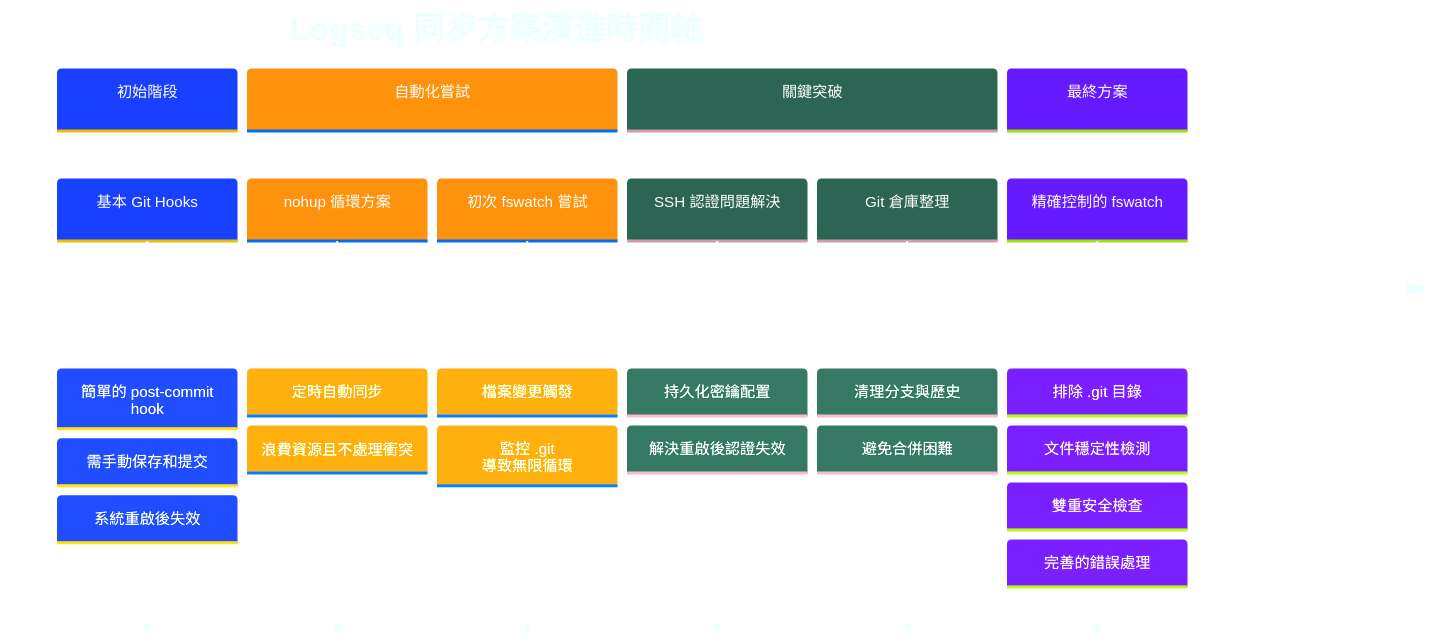
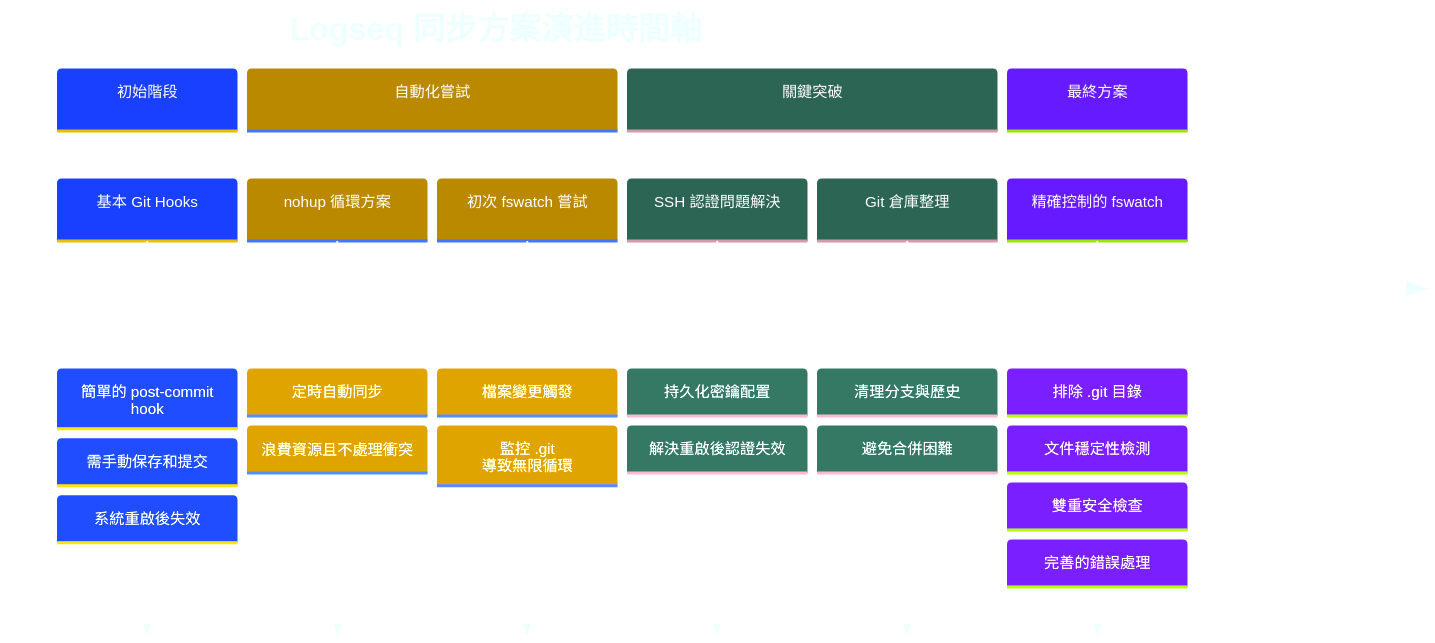
Before and after one commit to GengGeng026/Sync-Logseq: the first of 2 diagrams in Logseq同步方案演進記錄.md, drawn with Mermaid.

Commit message:
Auto-sync: Wed Mar 26 08:43:21 +08 2025

````diff
--- a/Logseq同步方案演進記錄.md
+++ b/Logseq同步方案演進記錄.md
@@ -27,45 +27,45 @@
 ```mermaid
 %%{init: {
   'theme': 'base', 
   'themeVariables': {
     'primaryColor': '#99AAFF',
-    'secondaryColor': '#FFCB8B',
+    'secondaryColor': '#FFCB3B',
     'tertiaryColor': '#59B79A',
     'quaternaryColor': '#F07178',
     'primaryTextColor': '#FFFFFF',
     'primaryBorderColor': '#59B79A',
     'lineColor': '#C792EA',
     'background': 'transparent',
     'textColor': '#EEFFFF',
     'nodeBorder': '#59B79A',
     'clusterBkg': 'transparent',
     'titleColor': '#EEFFFF',
     'sectionBkgColor': '#273747',
     'sectionBkgColor2': '#334455',
     'sectionBkgColor3': '#3A4A5A',
     'sectionBkgColor4': '#42546A',
     'sectionBkgColor5': '#4B5E78'
   }
 }}%%
 timeline
     title Logseq 同步方案演進時間軸
     section 初始階段
         基本 Git Hooks : 簡單的 post-commit hook
         : 需手動保存和提交
         : 系統重啟後失效
     section 自動化嘗試
         nohup 循環方案 : 定時自動同步
         : 浪費資源且不處理衝突
         初次 fswatch 嘗試 : 檔案變更觸發
         : 監控 .git 導致無限循環
     section 關鍵突破
         SSH 認證問題解決 : 持久化密鑰配置
         : 解決重啟後認證失效
         Git 倉庫整理 : 清理分支與歷史
         : 避免合併困難
     section 最終方案
         精確控制的 fswatch : 排除 .git 目錄
         : 文件穩定性檢測
         : 雙重安全檢查
         : 完善的錯誤處理
 ```
````
